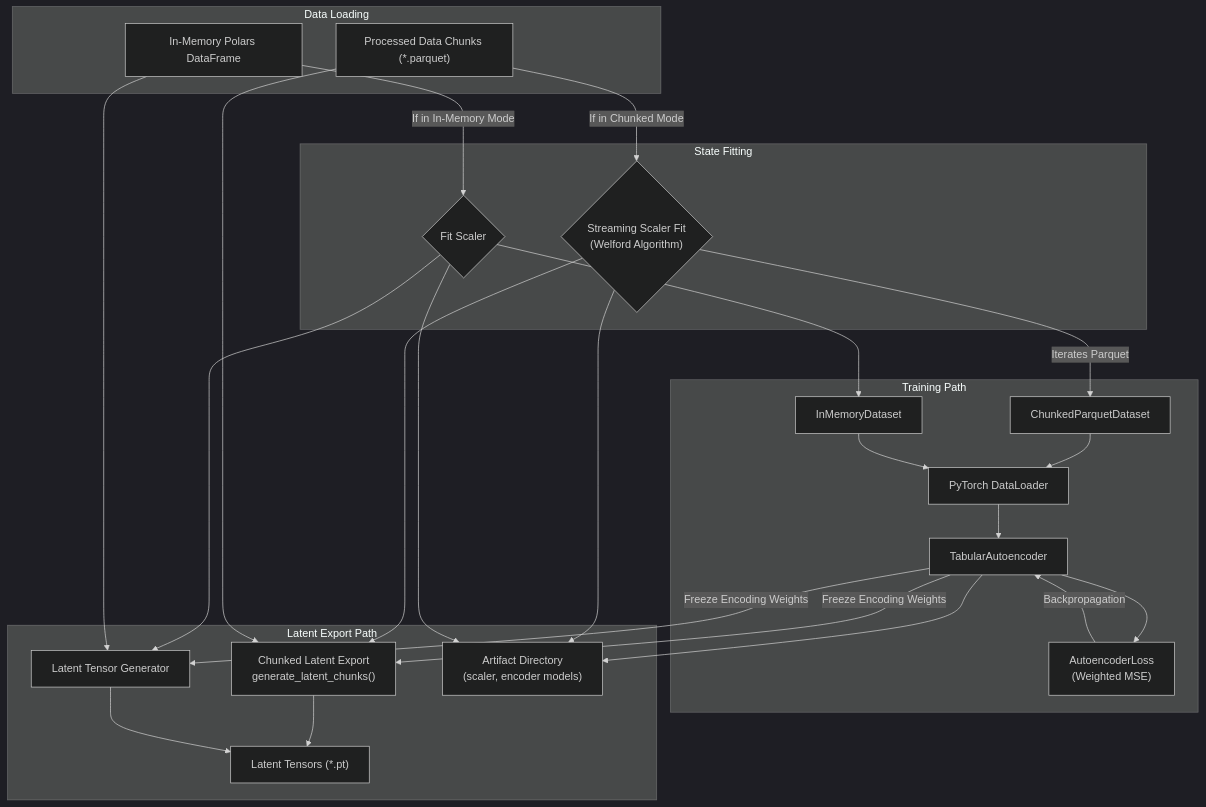
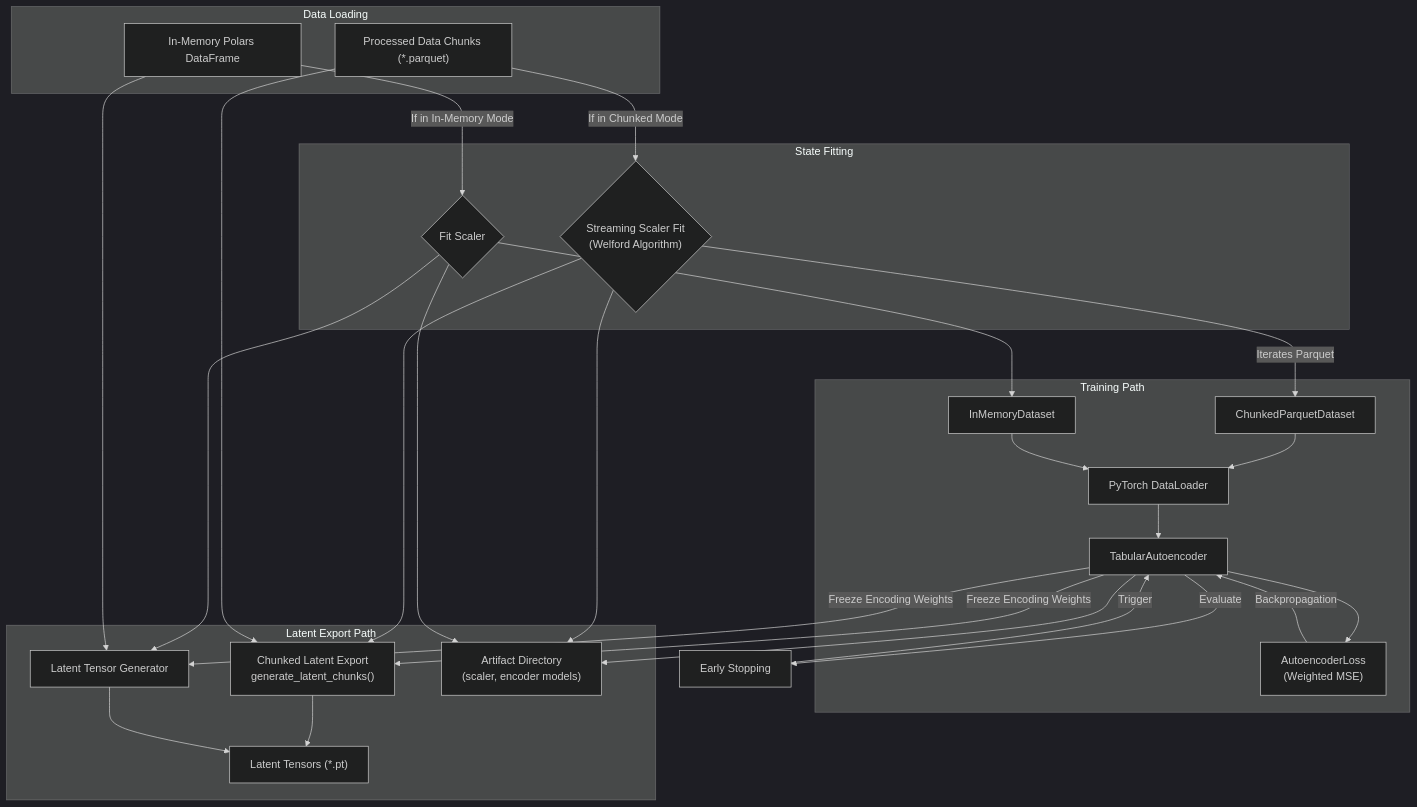
One commit to radema/jem-credit-risk changed the first of 2 diagrams in docs/pipeline/02_autoencoder_training.md. Above: the diagram before and after it, drawn with Mermaid (dark theme). The commit also changed other lines of this file and 9 other files, not shown here.

First line of the commit message:
Implement Early Stopping mechanism (BOLT-001) (#15)

````diff
--- a/docs/pipeline/02_autoencoder_training.md
+++ b/docs/pipeline/02_autoencoder_training.md
@@ -16,54 +16,56 @@
 ```mermaid
 graph TD;
     subgraph Data Loading
         Chunks["Processed Data Chunks (*.parquet)"]
         FullData["In-Memory Polars DataFrame"]
     end
 
     subgraph State Fitting
         ScaleFitFull{"Fit Scaler"}
         ScaleFitChunk{"Streaming Scaler Fit<br>(Welford Algorithm)"}
     end
 
     subgraph Training Path
         DatasetInMem[InMemoryDataset]
         DatasetChunked[ChunkedParquetDataset]
         DataLoader[PyTorch DataLoader]
         Model[TabularAutoencoder]
         LossFn["AutoencoderLoss<br>(Weighted MSE)"]
     end
 
     subgraph Latent Export Path
         LatentInMem["Latent Tensor Generator"]
         LatentChunked["Chunked Latent Export<br>generate_latent_chunks()"]
         Disk["Latent Tensors (*.pt)"]
         Registry["Artifact Directory<br>(scaler, encoder models)"]
     end
 
     Chunks -->|If in Chunked Mode| ScaleFitChunk
     FullData -->|If in In-Memory Mode| ScaleFitFull
 
     ScaleFitChunk -->|Iterates Parquet| DatasetChunked
     ScaleFitFull --> DatasetInMem
 
     DatasetChunked --> DataLoader
     DatasetInMem --> DataLoader
 
     DataLoader --> Model
     Model --> LossFn
     LossFn -->|Backpropagation| Model
+    Model -->|Evaluate| EarlyStop[Early Stopping]
+    EarlyStop -->|Trigger| Model
 
     Model -->|Freeze Encoding Weights| LatentChunked
     ScaleFitChunk --> LatentChunked
     Chunks --> LatentChunked
 
     Model -->|Freeze Encoding Weights| LatentInMem
     ScaleFitFull --> LatentInMem
     FullData --> LatentInMem
 
     LatentChunked --> Disk
     LatentInMem --> Disk
     Model --> Registry
     ScaleFitChunk --> Registry
     ScaleFitFull --> Registry
 ```
````
